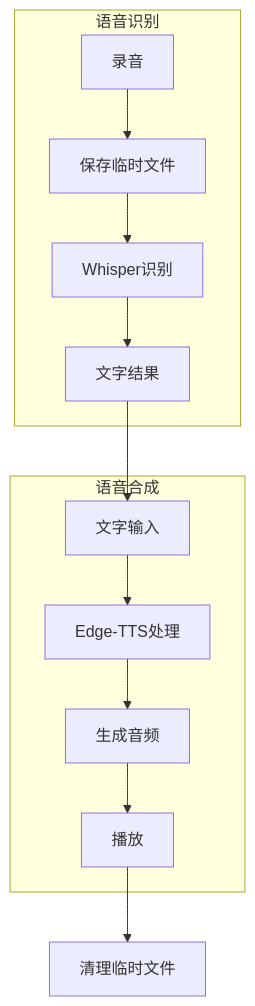
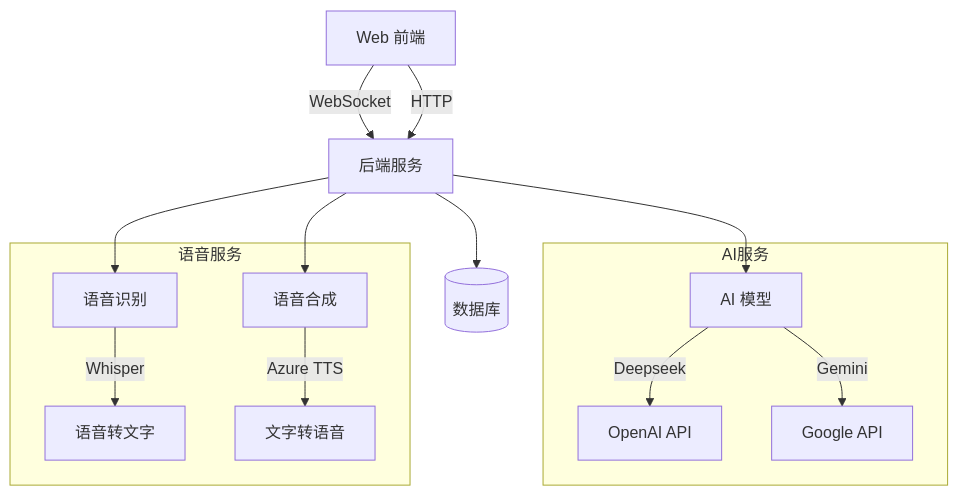
Before and after one commit to lessismoretest/Jarvis: the diagram in README.md, drawn with Mermaid. The commit also changed other lines of this file, not shown here.

````diff
--- a/README.md
+++ b/README.md
@@ -40,17 +31,19 @@
 ```mermaid
-flowchart TD
-    subgraph 语音识别
-    A[录音] --> B[保存临时文件]
-    B --> C[Whisper识别]
-    C --> D[文字结果]
+graph TD
+    A[Web 前端] -->|WebSocket| B[后端服务]
+    A -->|HTTP| B
+    B --> C[AI 模型]
+    B --> D[语音识别]
+    B --> E[语音合成]
+    B --> F[(数据库)]
+    
+    subgraph AI服务
+        C -->|Deepseek| G[OpenAI API]
+        C -->|Gemini| H[Google API]
     end
-
-    subgraph 语音合成
-    E[文字输入] --> F[Edge-TTS处理]
-    F --> G[生成音频]
-    G --> H[播放]
+    
+    subgraph 语音服务
+        D -->|Whisper| I[语音转文字]
+        E -->|Azure TTS| J[文字转语音]
     end
-
-    D --> E
-    H --> I[清理临时文件]
 ```
````
